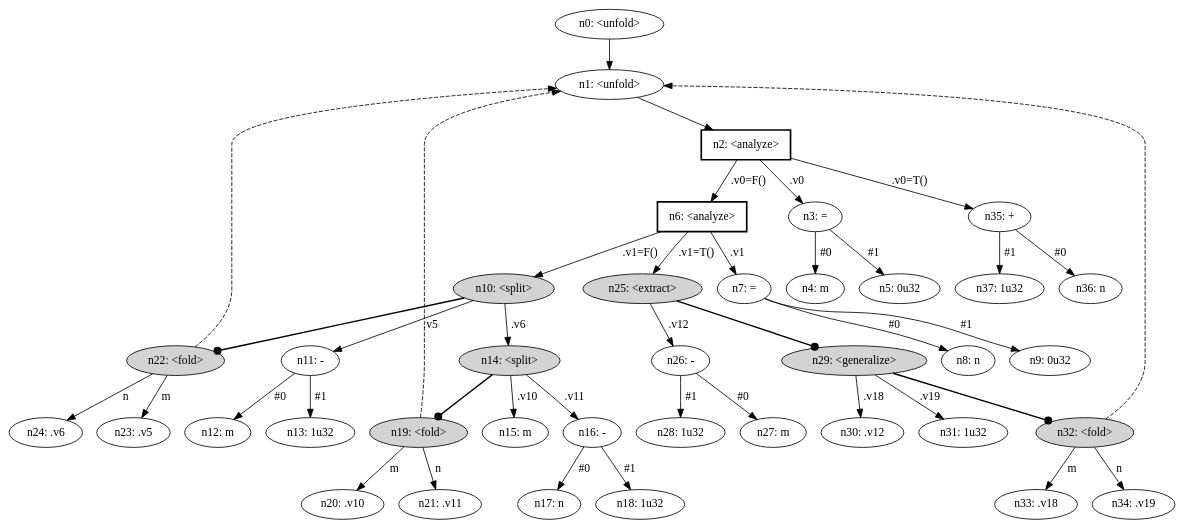
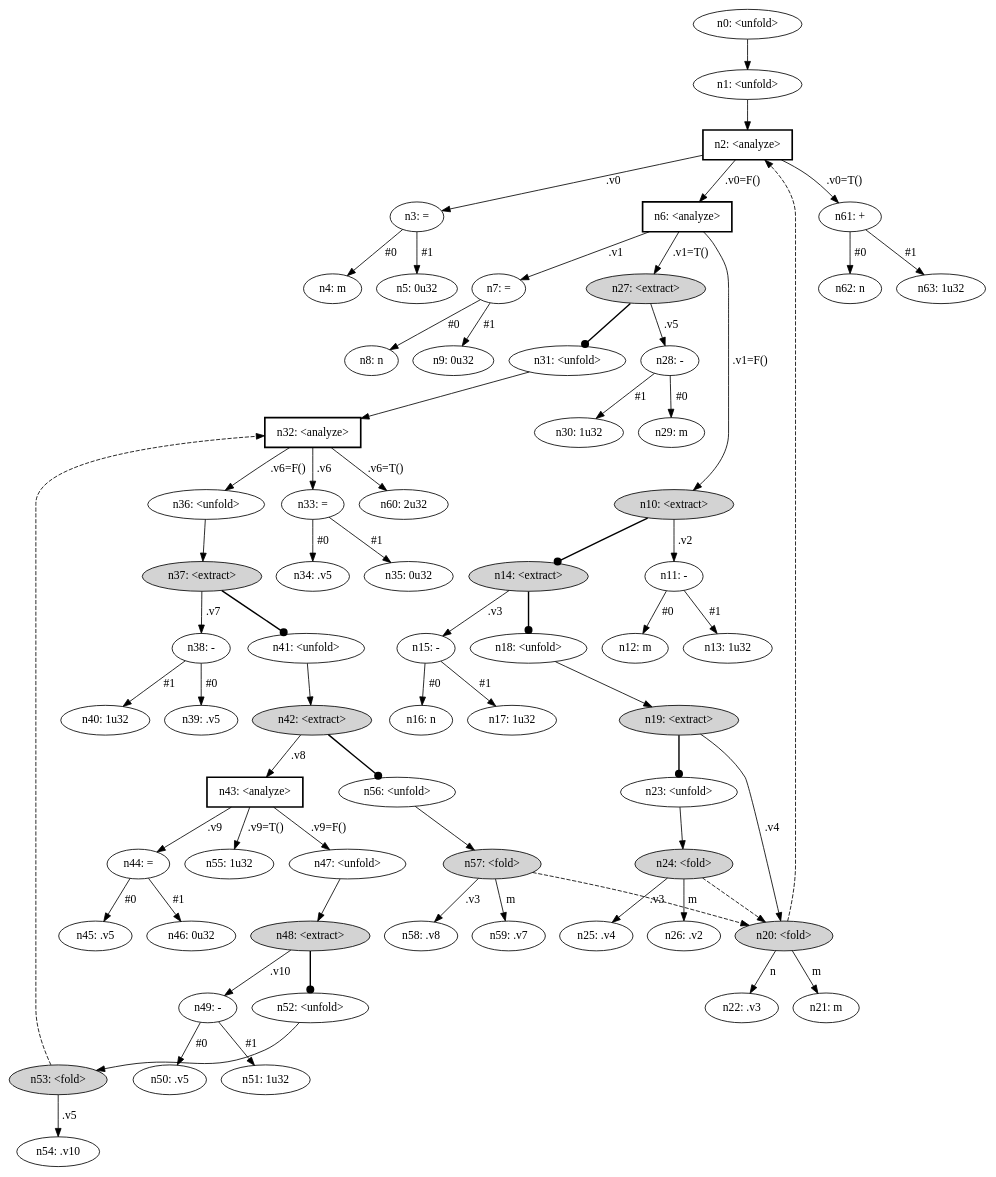
The diagram in examples/ackermann/target/graph.dot (hirrolot/mazeppa), drawn with Graphviz before and after one commit. The commit also changed 26 other files, not shown here.

```diff
--- a/examples/ackermann/target/graph.dot
+++ b/examples/ackermann/target/graph.dot
@@ -1,82 +1,135 @@
 digraph {
     node [fontname="bold helvetica"];
     edge [fontname="bold helvetica"];
     n0 [label="n0: <unfold>"];
     n1 [label="n1: <unfold>"];
     n0 -> n1;
     n2 [label="n2: <analyze>"] [shape=box style=bold];
     n1 -> n2;
     n3 [label="n3: ="];
     n2 -> n3 [label=" .v0 "];
     n4 [label="n4: m"];
     n3 -> n4 [label=" #0 "];
     n5 [label="n5: 0u32"];
     n3 -> n5 [label=" #1 "];
     n6 [label="n6: <analyze>"] [shape=box style=bold];
     n2 -> n6 [label=" .v0=F() "];
     n7 [label="n7: ="];
     n6 -> n7 [label=" .v1 "];
     n8 [label="n8: n"];
     n7 -> n8 [label=" #0 "];
     n9 [label="n9: 0u32"];
     n7 -> n9 [label=" #1 "];
-    n10 [label="n10: <split>"] [style=filled];
+    n10 [label="n10: <extract>"] [style=filled];
     n6 -> n10 [label=" .v1=F() "];
     n11 [label="n11: -"];
-    n10 -> n11 [label=" .v5 "];
+    n10 -> n11 [label=" .v2 "];
     n12 [label="n12: m"];
     n11 -> n12 [label=" #0 "];
     n13 [label="n13: 1u32"];
     n11 -> n13 [label=" #1 "];
-    n14 [label="n14: <split>"] [style=filled];
-    n10 -> n14 [label=" .v6 "];
-    n15 [label="n15: m"];
-    n14 -> n15 [label=" .v10 "];
-    n16 [label="n16: -"];
-    n14 -> n16 [label=" .v11 "];
-    n17 [label="n17: n"];
-    n16 -> n17 [label=" #0 "];
-    n18 [label="n18: 1u32"];
-    n16 -> n18 [label=" #1 "];
-    n19 [label="n19: <fold>"] [style=filled];
-    n14 -> n19 [penwidth=1.7 arrowhead=dot];
-    n19 -> n1 [style=dashed];
-    n20 [label="n20: .v10"];
-    n19 -> n20 [label=" m "];
-    n21 [label="n21: .v11"];
-    n19 -> n21 [label=" n "];
-    n22 [label="n22: <fold>"] [style=filled];
-    n10 -> n22 [penwidth=1.7 arrowhead=dot];
-    n22 -> n1 [style=dashed];
-    n23 [label="n23: .v5"];
-    n22 -> n23 [label=" m "];
-    n24 [label="n24: .v6"];
-    n22 -> n24 [label=" n "];
-    n25 [label="n25: <extract>"] [style=filled];
-    n6 -> n25 [label=" .v1=T() "];
-    n26 [label="n26: -"];
-    n25 -> n26 [label=" .v12 "];
-    n27 [label="n27: m"];
-    n26 -> n27 [label=" #0 "];
-    n28 [label="n28: 1u32"];
-    n26 -> n28 [label=" #1 "];
-    n29 [label="n29: <generalize>"] [style=filled];
-    n25 -> n29 [penwidth=1.7 arrowhead=dot];
-    n30 [label="n30: .v12"];
-    n29 -> n30 [label=" .v18 "];
-    n31 [label="n31: 1u32"];
-    n29 -> n31 [label=" .v19 "];
-    n32 [label="n32: <fold>"] [style=filled];
-    n29 -> n32 [penwidth=1.7 arrowhead=dot];
-    n32 -> n1 [style=dashed];
-    n33 [label="n33: .v18"];
-    n32 -> n33 [label=" m "];
-    n34 [label="n34: .v19"];
-    n32 -> n34 [label=" n "];
-    n35 [label="n35: +"];
-    n2 -> n35 [label=" .v0=T() "];
-    n36 [label="n36: n"];
-    n35 -> n36 [label=" #0 "];
-    n37 [label="n37: 1u32"];
-    n35 -> n37 [label=" #1 "];
+    n14 [label="n14: <extract>"] [style=filled];
+    n10 -> n14 [penwidth=1.7 arrowhead=dot];
+    n15 [label="n15: -"];
+    n14 -> n15 [label=" .v3 "];
+    n16 [label="n16: n"];
+    n15 -> n16 [label=" #0 "];
+    n17 [label="n17: 1u32"];
+    n15 -> n17 [label=" #1 "];
+    n18 [label="n18: <unfold>"];
+    n14 -> n18 [penwidth=1.7 arrowhead=dot];
+    n19 [label="n19: <extract>"] [style=filled];
+    n18 -> n19;
+    n20 [label="n20: <fold>"] [style=filled];
+    n19 -> n20 [label=" .v4 "];
+    n20 -> n2 [style=dashed];
+    n21 [label="n21: m"];
+    n20 -> n21 [label=" m "];
+    n22 [label="n22: .v3"];
+    n20 -> n22 [label=" n "];
+    n23 [label="n23: <unfold>"];
+    n19 -> n23 [penwidth=1.7 arrowhead=dot];
+    n24 [label="n24: <fold>"] [style=filled];
+    n23 -> n24;
+    n24 -> n20 [style=dashed];
+    n25 [label="n25: .v4"];
+    n24 -> n25 [label=" .v3 "];
+    n26 [label="n26: .v2"];
+    n24 -> n26 [label=" m "];
+    n27 [label="n27: <extract>"] [style=filled];
+    n6 -> n27 [label=" .v1=T() "];
+    n28 [label="n28: -"];
+    n27 -> n28 [label=" .v5 "];
+    n29 [label="n29: m"];
+    n28 -> n29 [label=" #0 "];
+    n30 [label="n30: 1u32"];
+    n28 -> n30 [label=" #1 "];
+    n31 [label="n31: <unfold>"];
+    n27 -> n31 [penwidth=1.7 arrowhead=dot];
+    n32 [label="n32: <analyze>"] [shape=box style=bold];
+    n31 -> n32;
+    n33 [label="n33: ="];
+    n32 -> n33 [label=" .v6 "];
+    n34 [label="n34: .v5"];
+    n33 -> n34 [label=" #0 "];
+    n35 [label="n35: 0u32"];
+    n33 -> n35 [label=" #1 "];
+    n36 [label="n36: <unfold>"];
+    n32 -> n36 [label=" .v6=F() "];
+    n37 [label="n37: <extract>"] [style=filled];
+    n36 -> n37;
+    n38 [label="n38: -"];
+    n37 -> n38 [label=" .v7 "];
+    n39 [label="n39: .v5"];
+    n38 -> n39 [label=" #0 "];
+    n40 [label="n40: 1u32"];
+    n38 -> n40 [label=" #1 "];
+    n41 [label="n41: <unfold>"];
+    n37 -> n41 [penwidth=1.7 arrowhead=dot];
+    n42 [label="n42: <extract>"] [style=filled];
+    n41 -> n42;
+    n43 [label="n43: <analyze>"] [shape=box style=bold];
+    n42 -> n43 [label=" .v8 "];
+    n44 [label="n44: ="];
+    n43 -> n44 [label=" .v9 "];
+    n45 [label="n45: .v5"];
+    n44 -> n45 [label=" #0 "];
+    n46 [label="n46: 0u32"];
+    n44 -> n46 [label=" #1 "];
+    n47 [label="n47: <unfold>"];
+    n43 -> n47 [label=" .v9=F() "];
+    n48 [label="n48: <extract>"] [style=filled];
+    n47 -> n48;
+    n49 [label="n49: -"];
+    n48 -> n49 [label=" .v10 "];
+    n50 [label="n50: .v5"];
+    n49 -> n50 [label=" #0 "];
+    n51 [label="n51: 1u32"];
+    n49 -> n51 [label=" #1 "];
+    n52 [label="n52: <unfold>"];
+    n48 -> n52 [penwidth=1.7 arrowhead=dot];
+    n53 [label="n53: <fold>"] [style=filled];
+    n52 -> n53;
+    n53 -> n32 [style=dashed];
+    n54 [label="n54: .v10"];
+    n53 -> n54 [label=" .v5 "];
+    n55 [label="n55: 1u32"];
+    n43 -> n55 [label=" .v9=T() "];
+    n56 [label="n56: <unfold>"];
+    n42 -> n56 [penwidth=1.7 arrowhead=dot];
+    n57 [label="n57: <fold>"] [style=filled];
+    n56 -> n57;
+    n57 -> n20 [style=dashed];
+    n58 [label="n58: .v8"];
+    n57 -> n58 [label=" .v3 "];
+    n59 [label="n59: .v7"];
+    n57 -> n59 [label=" m "];
+    n60 [label="n60: 2u32"];
+    n32 -> n60 [label=" .v6=T() "];
+    n61 [label="n61: +"];
+    n2 -> n61 [label=" .v0=T() "];
+    n62 [label="n62: n"];
+    n61 -> n62 [label=" #0 "];
+    n63 [label="n63: 1u32"];
+    n61 -> n63 [label=" #1 "];
 }
```
